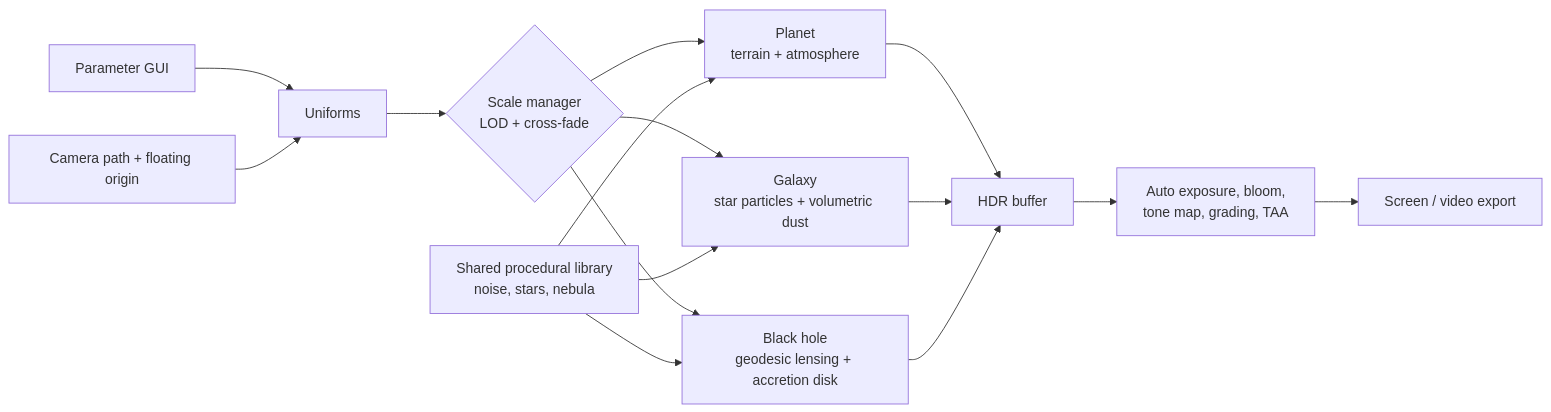
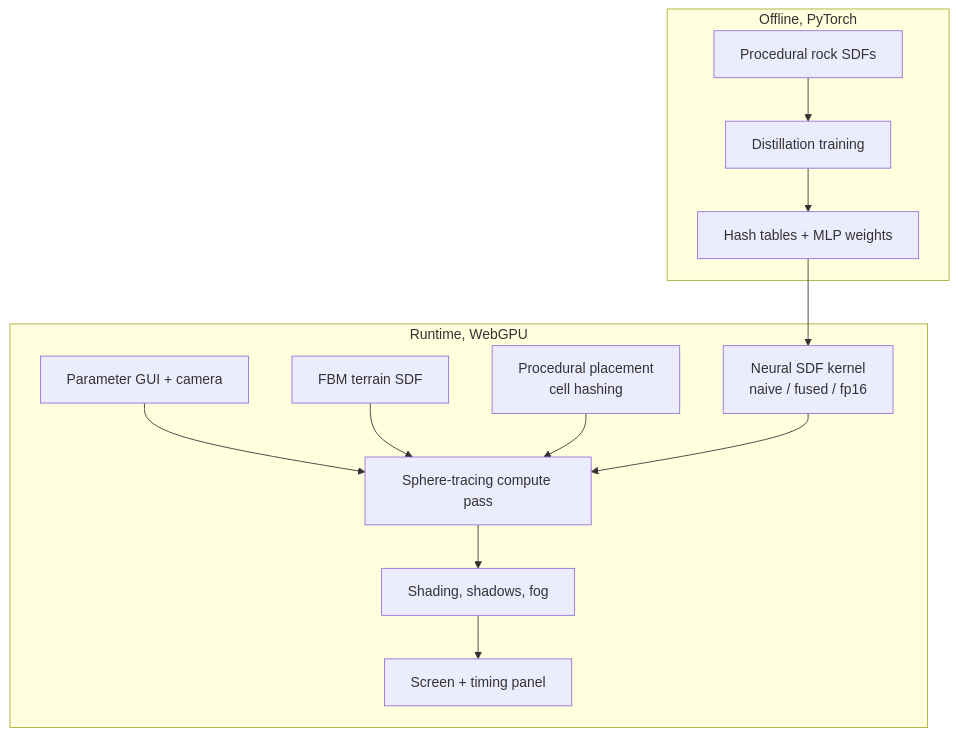
Before and after one commit to CIS-5660-Fall-2026/final-project: the diagram in README.md, drawn with Mermaid. The commit also changed other lines of this file and 14 other files, not shown here.

Commit message:
WebGPU framework, FBM terrain, procedural rocks, perf baseline

````diff
--- a/README.md
+++ b/README.md
@@ -113,17 +97,16 @@
 ```mermaid
-flowchart LR
-    UI[Parameter GUI] --> U[Uniforms]
-    CAM[Camera path + floating origin] --> U
-    U --> SC{Scale manager<br/>LOD + cross-fade}
-    SC --> P[Planet<br/>terrain + atmosphere]
-    SC --> G[Galaxy<br/>star particles + volumetric dust]
-    SC --> B[Black hole<br/>geodesic lensing + accretion disk]
-    N[Shared procedural library<br/>noise, stars, nebula] --> P
-    N --> G
-    N --> B
-    P --> H[HDR buffer]
-    G --> H
-    B --> H
-    H --> PP[Auto exposure, bloom,<br/>tone map, grading, TAA]
-    PP --> O[Screen / video export]
+flowchart TB
+    subgraph Offline [Offline, PyTorch]
+      PS[Procedural rock SDFs] --> TR[Distillation training]
+      TR --> W[Hash tables + MLP weights]
+    end
+    subgraph Runtime [Runtime, WebGPU]
+      UI[Parameter GUI + camera] --> ST[Sphere-tracing compute pass]
+      W --> NK[Neural SDF kernel<br/>naive / fused / fp16]
+      PT[FBM terrain SDF] --> ST
+      PL[Procedural placement<br/>cell hashing] --> ST
+      NK --> ST
+      ST --> SH[Shading, shadows, fog]
+      SH --> OUT[Screen + timing panel]
+    end
 ```
````
